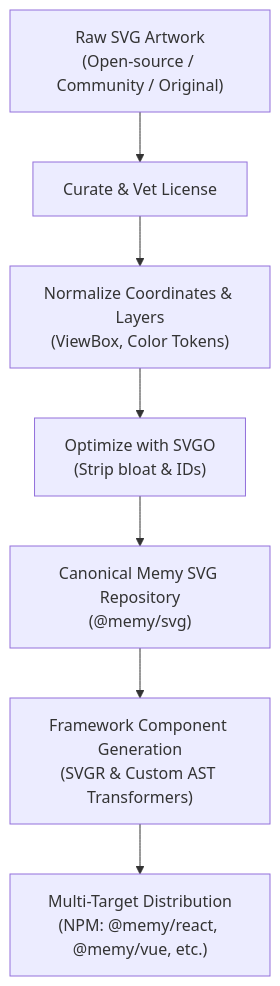
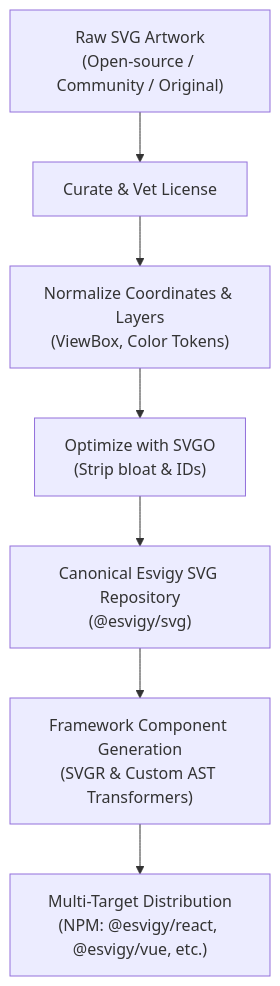
Before and after one commit to nickfrostech/esvigy: the diagram in README.md, drawn with Mermaid. The commit also changed other lines of this file and 4 other files, not shown here.

````diff
--- a/README.md
+++ b/README.md
@@ -431,9 +443,9 @@
 ```mermaid
 flowchart TD
     A["Raw SVG Artwork\n(Open-source / Community / Original)"] --> B["Curate & Vet License"]
     B --> C["Normalize Coordinates & Layers\n(ViewBox, Color Tokens)"]
     C --> D["Optimize with SVGO\n(Strip bloat & IDs)"]
-    D --> E["Canonical Memy SVG Repository\n(@memy/svg)"]
+    D --> E["Canonical Esvigy SVG Repository\n(@esvigy/svg)"]
     E --> F["Framework Component Generation\n(SVGR & Custom AST Transformers)"]
-    F --> G["Multi-Target Distribution\n(NPM: @memy/react, @memy/vue, etc.)"]
+    F --> G["Multi-Target Distribution\n(NPM: @esvigy/react, @esvigy/vue, etc.)"]
 ```
````
